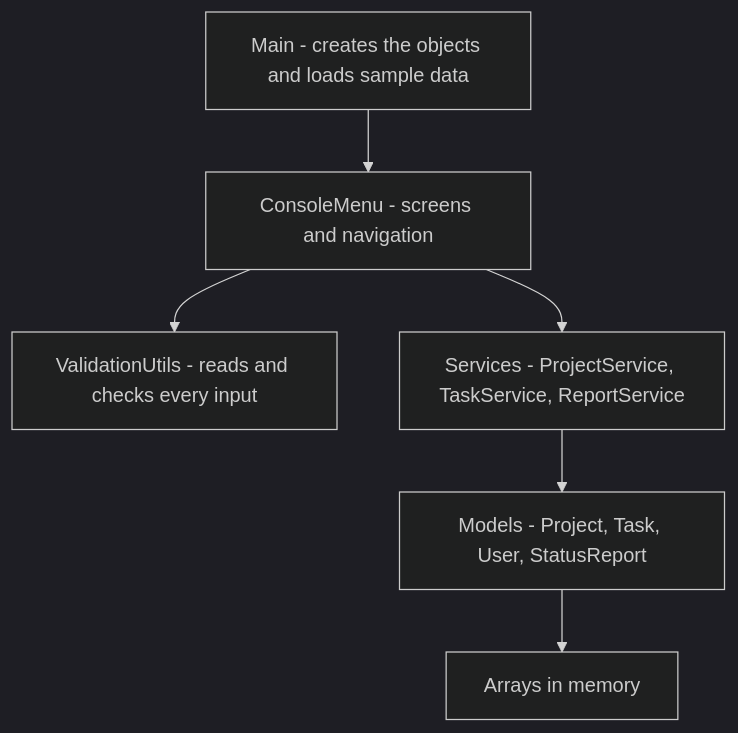
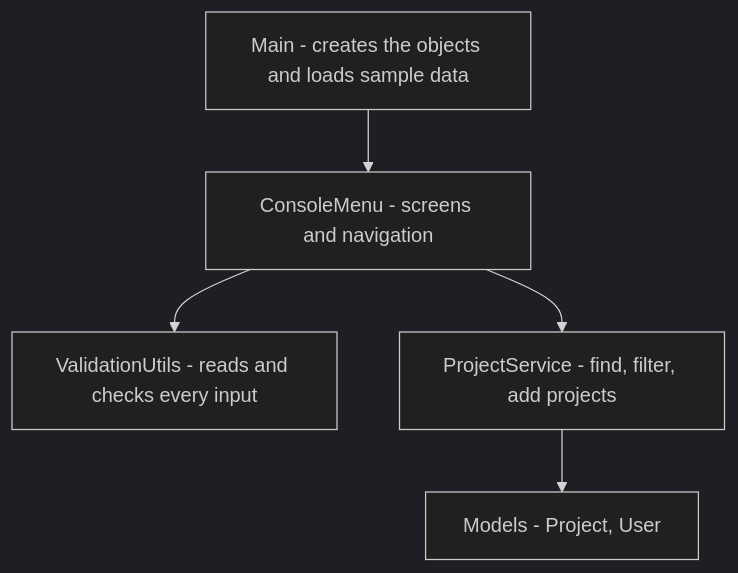
One commit to josephus-mupanda/project-management-system-agile-and-devops changed the first of 2 diagrams in README.md. Above: the diagram before and after it, drawn with Mermaid (dark theme). The commit also changed other lines of this file and 12 other files, not shown here.

````diff
--- a/README.md
+++ b/README.md
@@ -43,8 +26,7 @@
 ```mermaid
 flowchart TD
     A["Main - creates the objects and loads sample data"] --> B["ConsoleMenu - screens and navigation"]
     B --> C["ValidationUtils - reads and checks every input"]
-    B --> D["Services - ProjectService, TaskService, ReportService"]
-    D --> E["Models - Project, Task, User, StatusReport"]
-    E --> F["Arrays in memory"]
+    B --> D["ProjectService - find, filter, add projects"]
+    D --> E["Models - Project, User"]
 ```
````
